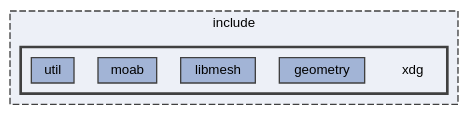
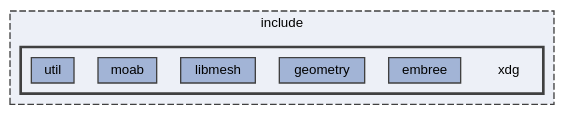
One commit to xdg-org/xdg changed the diagram in dir_a61f77a295c6c4f25093e70f8496116a_dep.dot. Above: the diagram before and after it, drawn with Graphviz. The commit also changed 39 other files, not shown here.

```diff
--- a/dir_a61f77a295c6c4f25093e70f8496116a_dep.dot
+++ b/dir_a61f77a295c6c4f25093e70f8496116a_dep.dot
@@ -1,19 +1,20 @@
 digraph "/home/runner/work/xdg/xdg/include/xdg"
 {
  // LATEX_PDF_SIZE
   bgcolor="transparent";
   edge [fontname=Helvetica,fontsize=10,labelfontname=Helvetica,labelfontsize=10];
   node [fontname=Helvetica,fontsize=10,shape=box,height=0.2,width=0.4];
   compound=true
   subgraph clusterdir_d44c64559bbebec7f509842c48db8b23 {
     graph [ bgcolor="#edf0f7", pencolor="grey25", label="include", fontname=Helvetica,fontsize=10 style="filled,dashed", URL="dir_d44c64559bbebec7f509842c48db8b23.html",tooltip=""]
   subgraph clusterdir_a61f77a295c6c4f25093e70f8496116a {
     graph [ bgcolor="#edf0f7", pencolor="grey25", label="", fontname=Helvetica,fontsize=10 style="filled,bold", URL="dir_a61f77a295c6c4f25093e70f8496116a.html",tooltip=""]
     dir_a61f77a295c6c4f25093e70f8496116a [shape=plaintext, label="xdg"];
+  dir_0e9a1f5b2dc242c30cd3ec2cf23b2db1 [label="embree", fillcolor="#a2b4d6", color="grey25", style="filled", URL="dir_0e9a1f5b2dc242c30cd3ec2cf23b2db1.html",tooltip=""];
   dir_d0797d6a65c20100356525fc25b828f9 [label="geometry", fillcolor="#a2b4d6", color="grey25", style="filled", URL="dir_d0797d6a65c20100356525fc25b828f9.html",tooltip=""];
   dir_2513797b164e1f7a7740b461ec5c1deb [label="libmesh", fillcolor="#a2b4d6", color="grey25", style="filled", URL="dir_2513797b164e1f7a7740b461ec5c1deb.html",tooltip=""];
   dir_bd2fbeccc8704c28d0a7b3705441d058 [label="moab", fillcolor="#a2b4d6", color="grey25", style="filled", URL="dir_bd2fbeccc8704c28d0a7b3705441d058.html",tooltip=""];
   dir_117e9415e31ef3e4f9e85da7f62d2105 [label="util", fillcolor="#a2b4d6", color="grey25", style="filled", URL="dir_117e9415e31ef3e4f9e85da7f62d2105.html",tooltip=""];
   }
   }
 }
```
